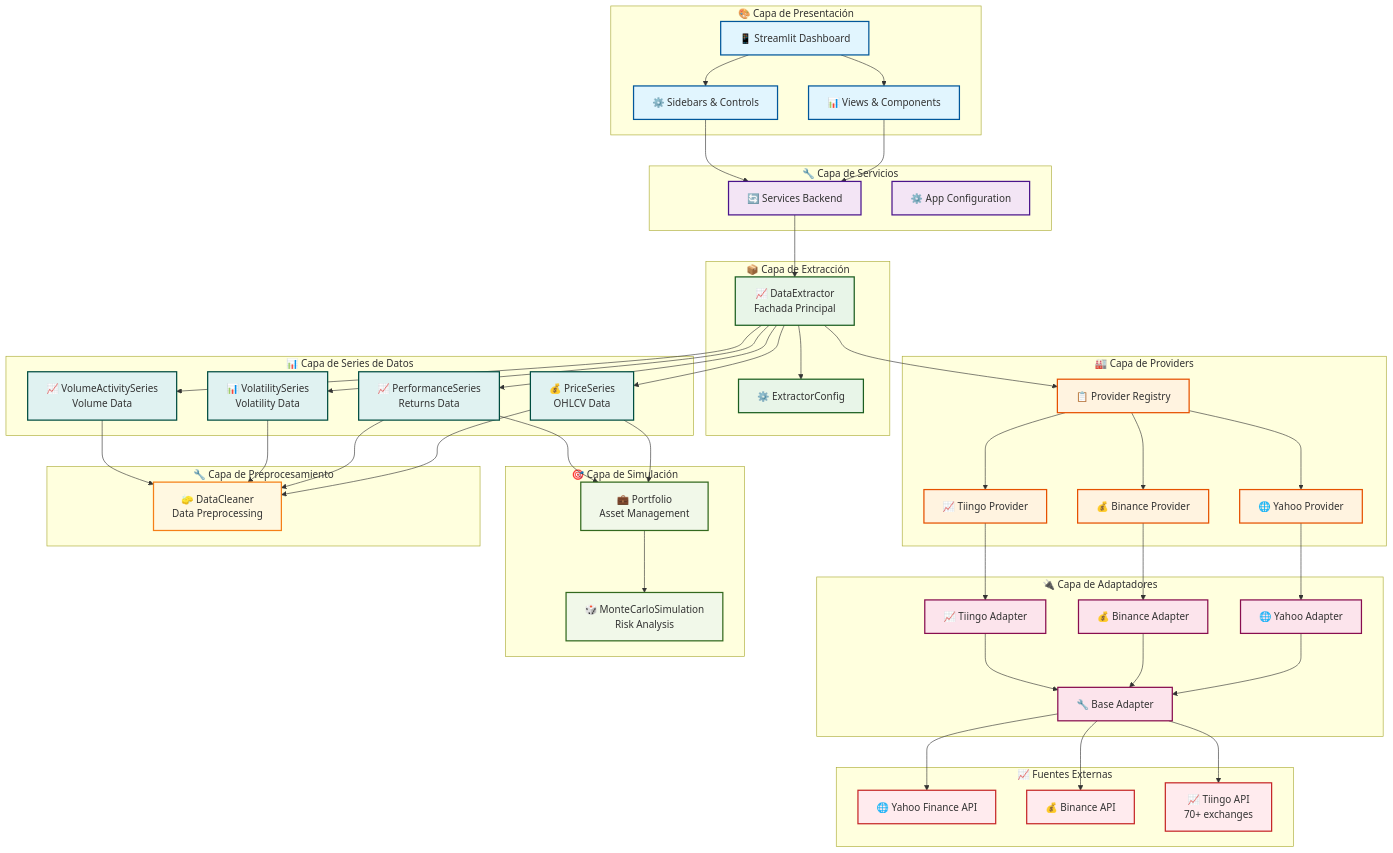
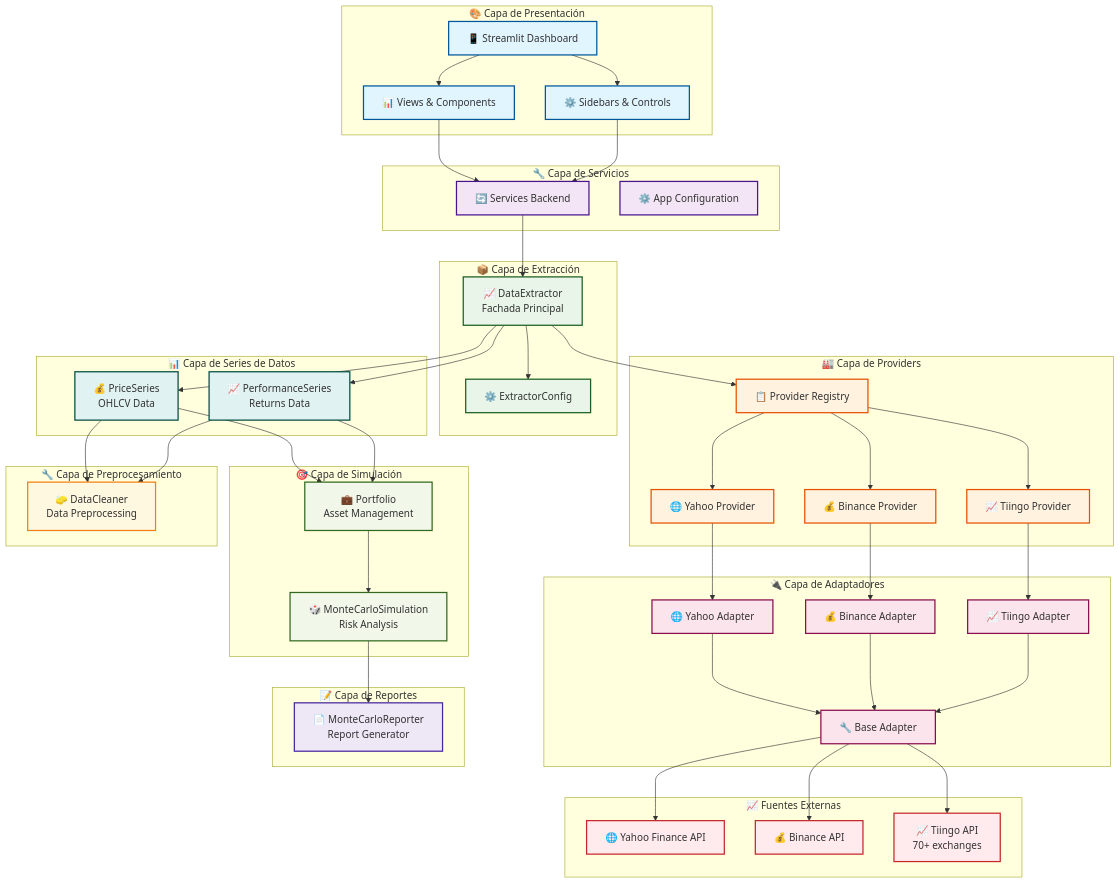
Before and after one commit to AlejandroGCN/analizador-bursatil: the first of 3 diagrams in ARCHITECTURE.md, drawn with Mermaid. The commit also changed 19 other files, not shown here.

Commit message:
Final: DocumentaciÃ³n completa y arquitectura optimizada - PrÃ¡ctica Monte Carlo

````diff
--- a/ARCHITECTURE.md
+++ b/ARCHITECTURE.md
@@ -37,15 +37,17 @@
     subgraph "📊 Capa de Series de Datos"
         PriceSeries[💰 PriceSeries<br/>OHLCV Data]
         PerfSeries[📈 PerformanceSeries<br/>Returns Data]
-        VolSeries[📊 VolatilitySeries<br/>Volatility Data]
-        VolActSeries[📈 VolumeActivitySeries<br/>Volume Data]
     end
     
     subgraph "🎯 Capa de Simulación"
         Portfolio[💼 Portfolio<br/>Asset Management]
         MonteCarlo[🎲 MonteCarloSimulation<br/>Risk Analysis]
     end
-    
+
+    subgraph "📝 Capa de Reportes"
+        Reporter[📄 MonteCarloReporter<br/>Report Generator]
+    end
+
     subgraph "🔧 Capa de Preprocesamiento"
         Cleaner[🧽 DataCleaner<br/>Data Preprocessing]
     end
@@ -84,17 +86,14 @@
     %% Flujo de datos
     Extractor --> PriceSeries
     Extractor --> PerfSeries
-    Extractor --> VolSeries
-    Extractor --> VolActSeries
     
     PriceSeries --> Portfolio
     PerfSeries --> Portfolio
     Portfolio --> MonteCarlo
+    MonteCarlo --> Reporter
     
     PriceSeries --> Cleaner
     PerfSeries --> Cleaner
-    VolSeries --> Cleaner
-    VolActSeries --> Cleaner
     
     %% Estilos
     classDef uiLayer fill:#e1f5fe,stroke:#01579b,stroke-width:2px
@@ -104,6 +103,7 @@
     classDef adapterLayer fill:#fce4ec,stroke:#880e4f,stroke-width:2px
     classDef seriesLayer fill:#e0f2f1,stroke:#004d40,stroke-width:2px
     classDef simulationLayer fill:#f1f8e9,stroke:#33691e,stroke-width:2px
+    classDef reportingLayer fill:#ede7f6,stroke:#4527a0,stroke-width:2px
     classDef preprocessingLayer fill:#fff8e1,stroke:#f57f17,stroke-width:2px
     classDef externalLayer fill:#ffebee,stroke:#c62828,stroke-width:2px
     
@@ -112,8 +112,9 @@
     class Extractor,ConfigExt dataLayer
     class Registry,YahooP,BinanceP,TiingoP providerLayer
     class BaseAdapter,YahooA,BinanceA,TiingoA adapterLayer
-    class PriceSeries,PerfSeries,VolSeries,VolActSeries seriesLayer
+    class PriceSeries,PerfSeries seriesLayer
     class Portfolio,MonteCarlo simulationLayer
+    class Reporter reportingLayer
     class Cleaner preprocessingLayer
     class YahooAPI,BinanceAPI,TiingoAPI externalLayer
 ```
````
